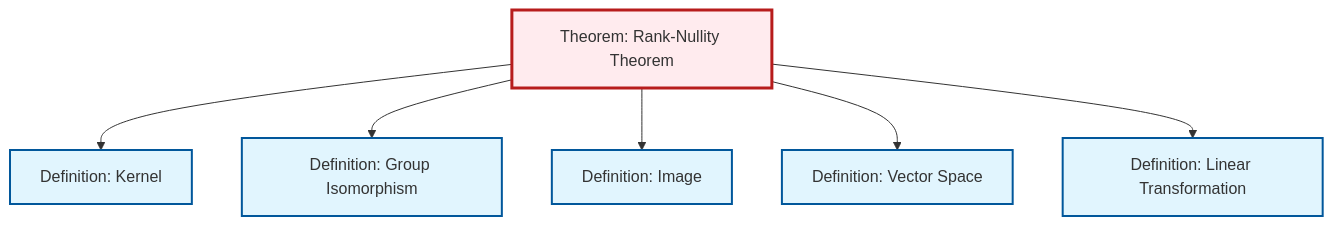
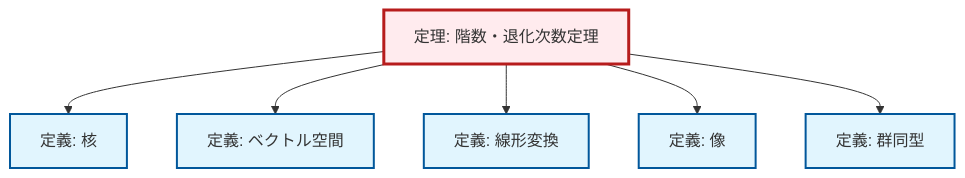
Before and after one commit to RK0429/ModernMath: the diagram in content/ja/algebra/thm-rank-nullity.qmd, drawn with Mermaid. The commit also changed 1069 other files, not shown here.

````diff
--- a/content/ja/algebra/thm-rank-nullity.qmd
+++ b/content/ja/algebra/thm-rank-nullity.qmd
@@ -57,26 +57,26 @@
 ```{mermaid}
 %%| fig-cap: "Local dependency graph"
 graph TD
     classDef definition fill:#e1f5fe,stroke:#01579b,stroke-width:2px
     classDef theorem fill:#f3e5f5,stroke:#4a148c,stroke-width:2px
     classDef axiom fill:#fff3e0,stroke:#e65100,stroke-width:2px
     classDef example fill:#e8f5e9,stroke:#1b5e20,stroke-width:2px
     classDef current fill:#ffebee,stroke:#b71c1c,stroke-width:3px
-    thm-rank-nullity["Theorem: Rank-Nullity Theorem"]:::theorem
-    def-isomorphism["Definition: Group Isomorphism"]:::definition
-    def-image["Definition: Image"]:::definition
-    def-kernel["Definition: Kernel"]:::definition
-    def-linear-transformation["Definition: Linear Transformation"]:::definition
-    def-vector-space["Definition: Vector Space"]:::definition
+    def-image["定義: 像"]:::definition
+    def-linear-transformation["定義: 線形変換"]:::definition
+    def-vector-space["定義: ベクトル空間"]:::definition
+    def-isomorphism["定義: 群同型"]:::definition
+    thm-rank-nullity["定理: 階数・退化次数定理"]:::theorem
+    def-kernel["定義: 核"]:::definition
     thm-rank-nullity --> def-kernel
-    thm-rank-nullity --> def-isomorphism
-    thm-rank-nullity --> def-image
     thm-rank-nullity --> def-vector-space
     thm-rank-nullity --> def-linear-transformation
+    thm-rank-nullity --> def-image
+    thm-rank-nullity --> def-isomorphism
     class thm-rank-nullity current
-    click def-isomorphism "def-isomorphism.html" "Definition: Group Isomorphismへ"
-    click def-image "def-image.html" "Definition: Imageへ"
-    click def-kernel "def-kernel.html" "Definition: Kernelへ"
-    click def-linear-transformation "def-linear-transformation.html" "Definition: Linear Transformationへ"
-    click def-vector-space "def-vector-space.html" "Definition: Vector Spaceへ"
+    click def-image "def-image.html" "像の定義へ"
+    click def-linear-transformation "def-linear-transformation.html" "線形変換の定義へ"
+    click def-vector-space "def-vector-space.html" "ベクトル空間の定義へ"
+    click def-isomorphism "def-isomorphism.html" "群同型の定義へ"
+    click def-kernel "def-kernel.html" "核の定義へ"
 ```
````
